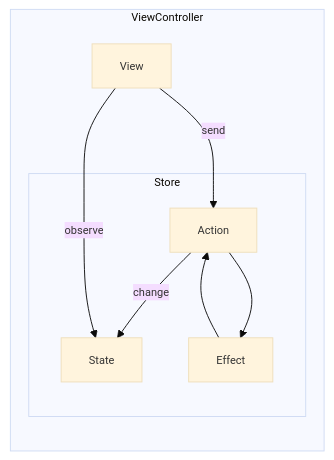
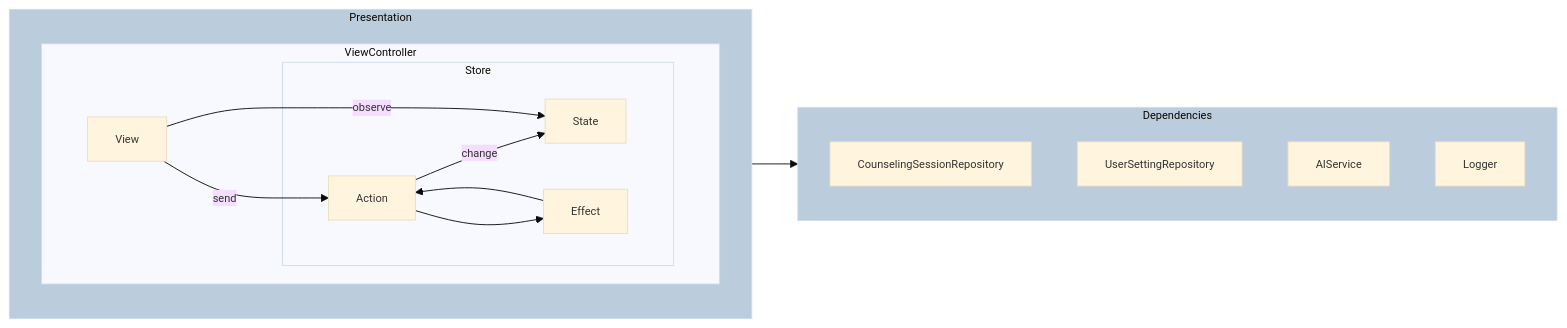
One commit to LURKS02/GloomyDiary changed the second of 2 diagrams in README.md. Above: the diagram before and after it, drawn with Mermaid. The commit also changed other lines of this file, not shown here.

````diff
--- a/README.md
+++ b/README.md
@@ -77,13 +67,28 @@
 ```mermaid
 %%{init: {"theme": "base", "themeVariables": {"fontSize": "12px", "nodeSpacing": "5"}}}%%
+
 flowchart LR
+    subgraph Presentation
     subgraph ViewController
     View -- send --> Action
     subgraph Store
     Action -- change --> State
     Action --> Effect
     Effect --> Action
     end
     View -- observe --> State
     end
+    end
+    style Presentation fill:#bcd
+
+    subgraph Dependencies
+    
+    CounselingSessionRepository
+    UserSettingRepository
+    AIService
+    Logger
+    end
+
+    Presentation-->Dependencies
+    style Dependencies fill:#bcd
 ```
````
